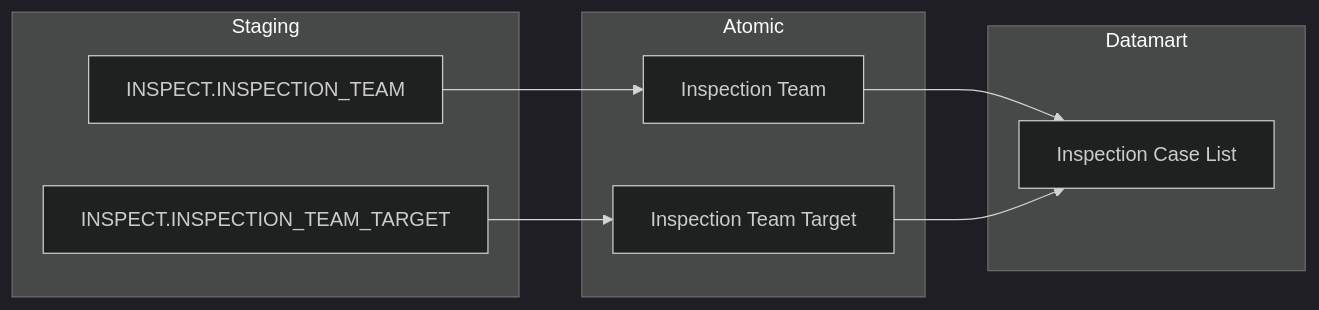
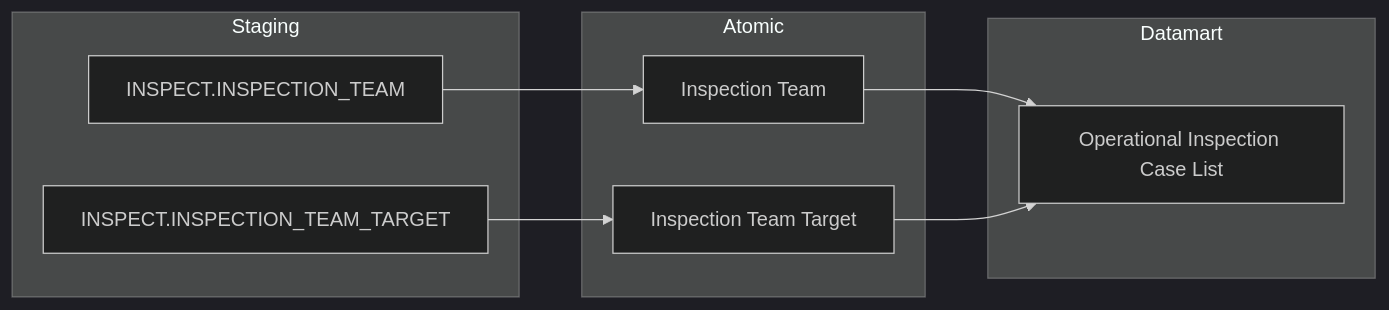
One commit to linhlvit/ubck_atomic_design changed the fifth of 50 diagrams in Datamart/hld/DTM_TT_HLD.md. Above: the diagram before and after it, drawn with Mermaid (dark theme). The commit also changed other lines of this file and 26 other files, not shown here.

````diff
--- a/Datamart/hld/DTM_TT_HLD.md
+++ b/Datamart/hld/DTM_TT_HLD.md
@@ -171,22 +172,22 @@
 ```mermaid
 flowchart LR
     subgraph SRC["Staging"]
         S1["INSPECT.INSPECTION_TEAM"]
         S2["INSPECT.INSPECTION_TEAM_TARGET"]
     end
 
     subgraph SIL["Atomic"]
         SV1["Inspection Team"]
         SV2["Inspection Team Target"]
     end
 
     subgraph GOLD["Datamart"]
-        G1["Inspection Case List"]
+        G1["Operational Inspection Case List"]
     end
 
     S1 --> SV1
     S2 --> SV2
 
     SV1 --> G1
     SV2 --> G1
 ```
````
